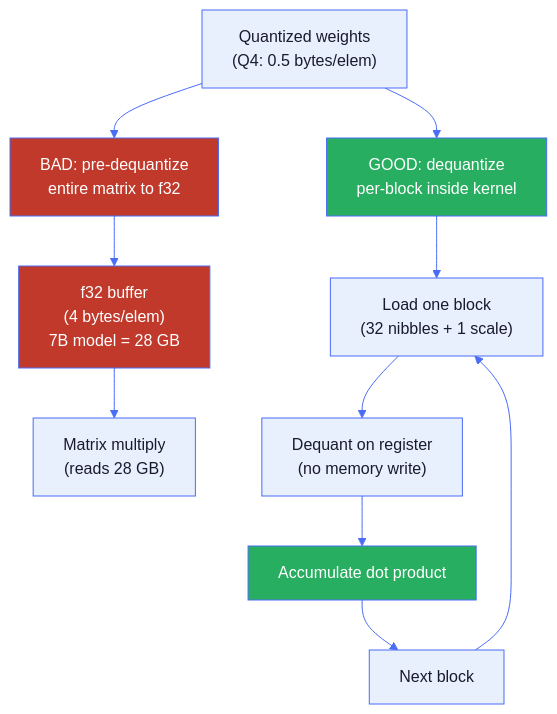
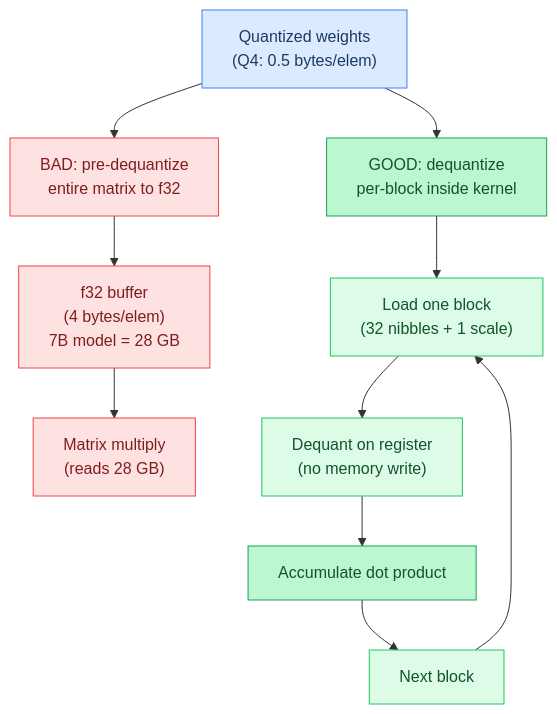
One commit to maci0/agave changed the seventh of 8 diagrams in docs/tutorial/04-quantization.md. Above: the diagram before and after it, drawn with Mermaid. The commit also changed other lines of this file and 24 other files, not shown here.

First line of the commit message:
docs: convert all mermaid diagrams to classDef semantic colors

````diff
--- a/docs/tutorial/04-quantization.md
+++ b/docs/tutorial/04-quantization.md
@@ -830,34 +806,30 @@
 ```mermaid
-%%{init: {'theme': 'base', 'themeVariables': {
-  'primaryColor': '#e8f0fe',
-  'primaryTextColor': '#1a1a2e',
-  'primaryBorderColor': '#4a6cf7',
-  'lineColor': '#4a6cf7',
-  'secondaryColor': '#f0f4ff',
-  'tertiaryColor': '#f8f9ff',
-  'edgeLabelBackground': '#ffffff',
-  'clusterBkg': '#f0f4ff',
-  'clusterBorder': '#4a6cf7',
-  'titleColor': '#1a1a2e',
-  'nodeTextColor': '#1a1a2e',
-  'fontFamily': 'ui-monospace, SFMono-Regular, monospace'
-}}}%%
 flowchart TD
-    QW["Quantized weights\n(Q4: 0.5 bytes/elem)"]
+    classDef setup     fill:#dbeafe,stroke:#3b82f6,color:#1e3a5f
+    classDef sync      fill:#dcfce7,stroke:#22c55e,color:#14532d
+    classDef migration fill:#fef9c3,stroke:#eab308,color:#713f12
+    classDef success   fill:#bbf7d0,stroke:#16a34a,color:#14532d
+    classDef danger    fill:#fee2e2,stroke:#ef4444,color:#7f1d1d
+    classDef optional  fill:#f3e8ff,stroke:#9333ea,color:#581c87
 
-    QW --> BadPath["BAD: pre-dequantize\nentire matrix to f32"]
-    BadPath --> BigBuf["f32 buffer\n(4 bytes/elem)\n7B model = 28 GB"]
-    BigBuf --> MatMul["Matrix multiply\n(reads 28 GB)"]
+    QW["Quantized weights\n(Q4: 0.5 bytes/elem)"]:::setup
+    BadPath["BAD: pre-dequantize\nentire matrix to f32"]:::danger
+    BigBuf["f32 buffer\n(4 bytes/elem)\n7B model = 28 GB"]:::danger
+    MatMul["Matrix multiply\n(reads 28 GB)"]:::danger
+    GoodPath["GOOD: dequantize\nper-block inside kernel"]:::success
+    Block["Load one block\n(32 nibbles + 1 scale)"]:::sync
+    DQ["Dequant on register\n(no memory write)"]:::sync
+    Dot["Accumulate dot product"]:::success
+    NextBlock["Next block"]:::sync
 
-    QW --> GoodPath["GOOD: dequantize\nper-block inside kernel"]
-    GoodPath --> Block["Load one block\n(32 nibbles + 1 scale)"]
-    Block --> DQ["Dequant on register\n(no memory write)"]
-    DQ --> Dot["Accumulate dot product"]
-    Dot --> NextBlock["Next block"]
+    QW --> BadPath
+    BadPath --> BigBuf
+    BigBuf --> MatMul
+
+    QW --> GoodPath
+    GoodPath --> Block
+    Block --> DQ
+    DQ --> Dot
+    Dot --> NextBlock
     NextBlock --> Block
-
-    style BadPath fill:#c0392b,color:#fff
-    style BigBuf fill:#c0392b,color:#fff
-    style GoodPath fill:#27ae60,color:#fff
-    style Dot fill:#27ae60,color:#fff
 ```
````
